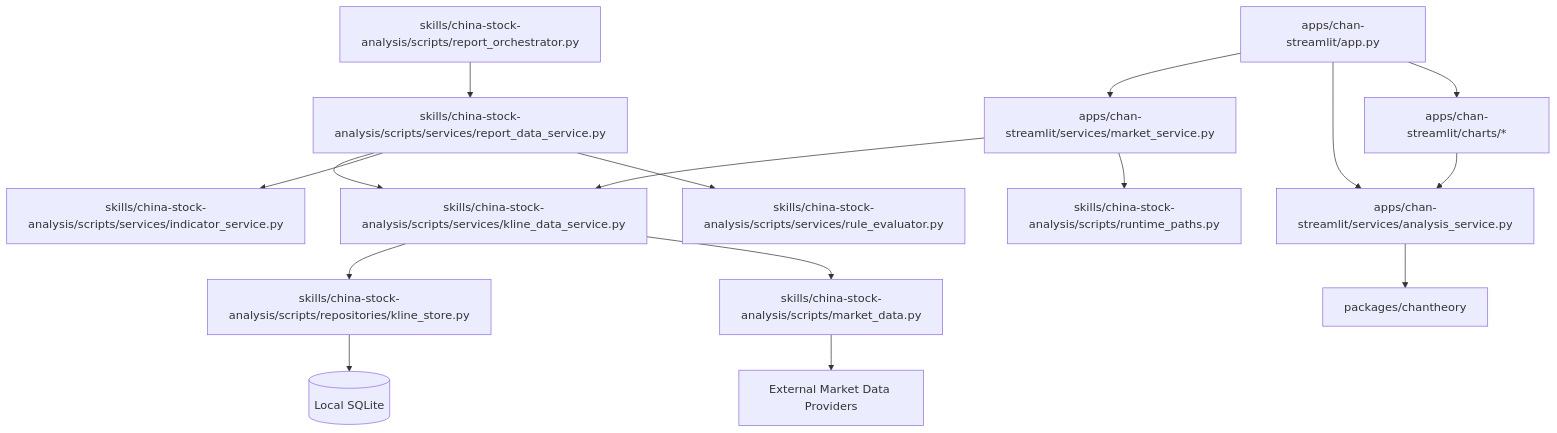
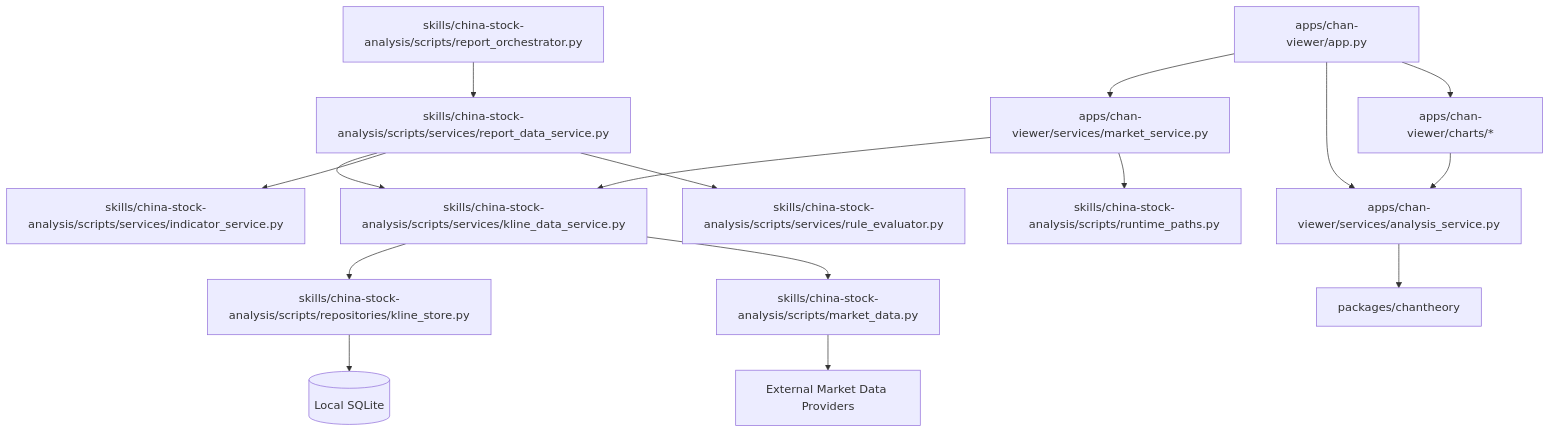
One commit to shenjee/stockpilot changed the diagram in docs/architecture/components-market-data.md. Above: the diagram before and after it, drawn with Mermaid. The commit also changed other lines of this file and 27 other files, not shown here.

First line of the commit message:
refactor: rename apps/chan-streamlit to apps/chan-viewer

````diff
--- a/docs/architecture/components-market-data.md
+++ b/docs/architecture/components-market-data.md
@@ -18,40 +18,40 @@
 ```mermaid
 graph TD
-    AppUI[apps/chan-streamlit/app.py]
-    MarketService[apps/chan-streamlit/services/market_service.py]
-    AnalysisService[apps/chan-streamlit/services/analysis_service.py]
-    FigureBuilder[apps/chan-streamlit/charts/*]
+    AppUI[apps/chan-viewer/app.py]
+    MarketService[apps/chan-viewer/services/market_service.py]
+    AnalysisService[apps/chan-viewer/services/analysis_service.py]
+    FigureBuilder[apps/chan-viewer/charts/*]
 
     ReportOrchestrator[skills/china-stock-analysis/scripts/report_orchestrator.py]
     ReportDataService[skills/china-stock-analysis/scripts/services/report_data_service.py]
     IndicatorService[skills/china-stock-analysis/scripts/services/indicator_service.py]
     RuleEvaluator[skills/china-stock-analysis/scripts/services/rule_evaluator.py]
 
     KLineService[skills/china-stock-analysis/scripts/services/kline_data_service.py]
     KLineStore[skills/china-stock-analysis/scripts/repositories/kline_store.py]
     MarketProvider[skills/china-stock-analysis/scripts/market_data.py]
     RuntimePaths[skills/china-stock-analysis/scripts/runtime_paths.py]
     Chantheory[packages/chantheory]
     SQLite[(Local SQLite)]
     ExternalMarket[External Market Data Providers]
 
     AppUI --> MarketService
     AppUI --> AnalysisService
     AppUI --> FigureBuilder
 
     MarketService --> KLineService
     MarketService --> RuntimePaths
 
     AnalysisService --> Chantheory
     FigureBuilder --> AnalysisService
 
     ReportOrchestrator --> ReportDataService
     ReportDataService --> KLineService
     ReportDataService --> IndicatorService
     ReportDataService --> RuleEvaluator
 
     KLineService --> KLineStore
     KLineService --> MarketProvider
     KLineStore --> SQLite
     MarketProvider --> ExternalMarket
 ```
````
